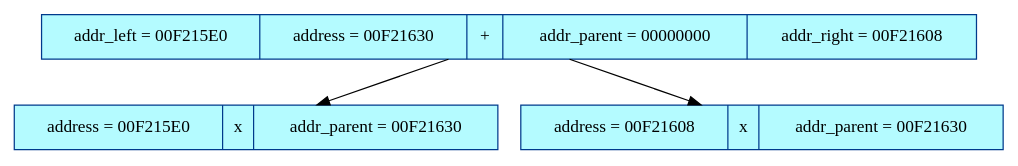
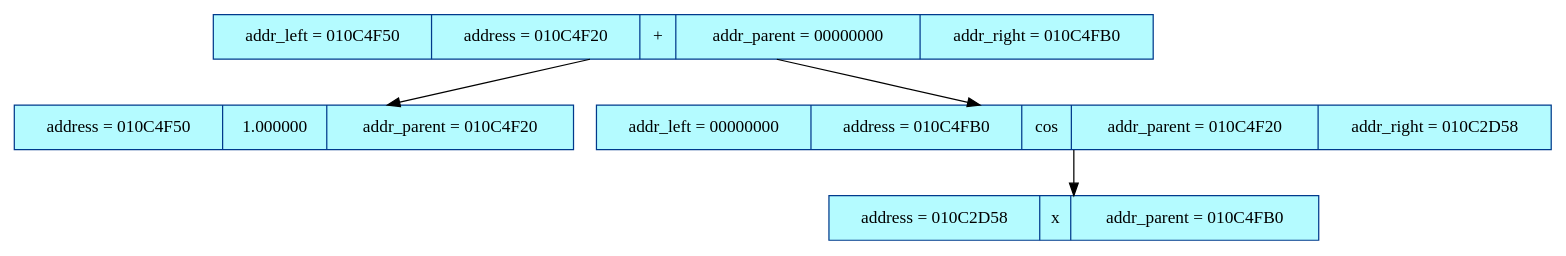
One commit to Dariazeml1007/Diff changed the diagram in dump.dot. Above: the diagram before and after it, drawn with Graphviz. The commit also changed 15 other files, not shown here.

```diff
--- a/dump.dot
+++ b/dump.dot
@@ -1,12 +1,14 @@
 digraph structs
 {
 	rankdir=HR;
 	node[color= "#003A8C",style="filled", fillcolor="#B4FBFF", fontsize=14];
 	edge[color="black", weight = 9,fontsize=14];
-	el_00F21630 [shape=record, label= "addr_left = 00F215E0 | address = 00F21630|+| addr_parent = 00000000 | addr_right = 00F21608"];
-	el_00F215E0 [shape=record, label= "address = 00F215E0|x| addr_parent = 00F21630"];
-	el_00F21608 [shape=record, label= "address = 00F21608|x| addr_parent = 00F21630"];
-	el_00F21630->el_00F215E0;
-	el_00F21630->el_00F21608;
+	el_010C4F20 [shape=record, label= "addr_left = 010C4F50 | address = 010C4F20|+| addr_parent = 00000000 | addr_right = 010C4FB0"];
+	el_010C4F50 [shape=record, label= "address = 010C4F50|1.000000| addr_parent = 010C4F20"];
+	el_010C4FB0 [shape=record, label= "addr_left = 00000000 | address = 010C4FB0|cos| addr_parent = 010C4F20 | addr_right = 010C2D58"];
+	el_010C2D58 [shape=record, label= "address = 010C2D58|x| addr_parent = 010C4FB0"];
+	el_010C4F20->el_010C4F50;
+	el_010C4F20->el_010C4FB0;
+	el_010C4FB0->el_010C2D58;
 
 }
```
